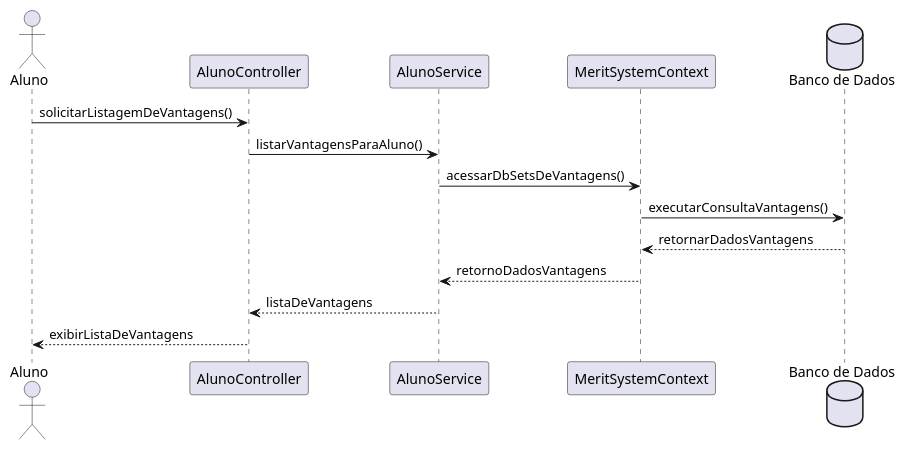
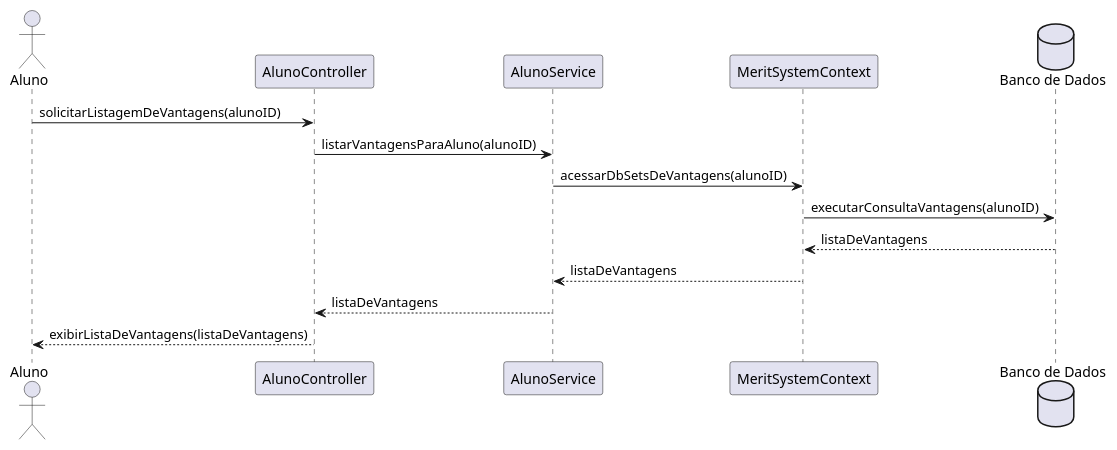
The diagram in Projeto/images/bpSeqLIstarV.puml (JoaoRajao/SistemaMoedaEstudantil), drawn with PlantUML before and after one commit.

```diff
--- a/Projeto/images/bpSeqLIstarV.puml
+++ b/Projeto/images/bpSeqLIstarV.puml
@@ -1,16 +1,16 @@
 @startuml
 actor Aluno as aluno
 participant "AlunoController" as controller
 participant "AlunoService" as service
 participant "MeritSystemContext" as dbContext
 database "Banco de Dados" as db
 
-aluno -> controller : solicitarListagemDeVantagens()
-controller -> service : listarVantagensParaAluno()
-service -> dbContext : acessarDbSetsDeVantagens()
-dbContext -> db : executarConsultaVantagens()
-db --> dbContext : retornarDadosVantagens
-dbContext --> service : retornoDadosVantagens
+aluno -> controller : solicitarListagemDeVantagens(alunoID)
+controller -> service : listarVantagensParaAluno(alunoID)
+service -> dbContext : acessarDbSetsDeVantagens(alunoID)
+dbContext -> db : executarConsultaVantagens(alunoID)
+db --> dbContext : listaDeVantagens
+dbContext --> service : listaDeVantagens
 service --> controller : listaDeVantagens
-controller --> aluno : exibirListaDeVantagens
+controller --> aluno : exibirListaDeVantagens(listaDeVantagens)
 @enduml
```
